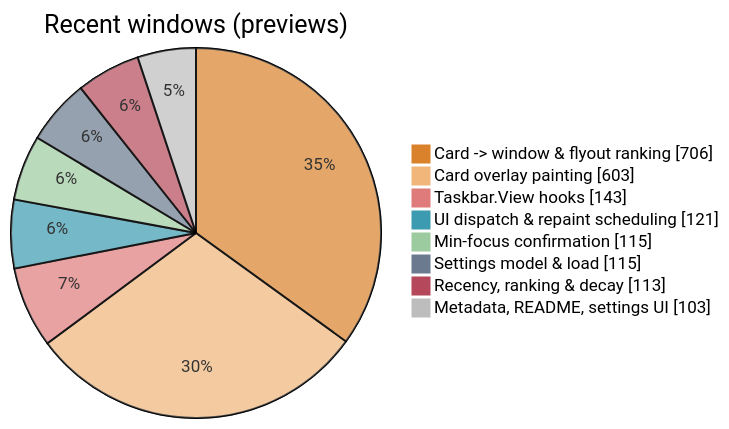
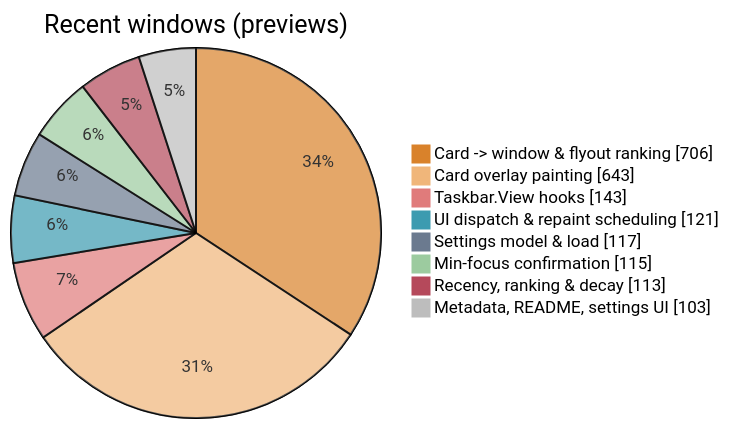
Before and after one commit to jvlasek/taskbar-recent-focus-highlight: the fifth of 5 diagrams in doc/code/code-breakdown.md, drawn with Mermaid. The commit also changed other lines of this file and 8 other files, not shown here.

````diff
--- a/doc/code/code-breakdown.md
+++ b/doc/code/code-breakdown.md
@@ -153,12 +153,12 @@
 ```mermaid
-%%{init: {"themeVariables": {"pie1": "#D9822B", "pie2": "#F0B67A", "pie3": "#E07B7B", "pie4": "#3C9BB0", "pie5": "#9CCB9F", "pie6": "#6B7A8F", "pie7": "#B5495B", "pie8": "#BDBDBD", "pieOuterStrokeWidth": "1px"}}}%%
+%%{init: {"themeVariables": {"pie1": "#D9822B", "pie2": "#F0B67A", "pie3": "#E07B7B", "pie4": "#3C9BB0", "pie5": "#6B7A8F", "pie6": "#9CCB9F", "pie7": "#B5495B", "pie8": "#BDBDBD", "pieOuterStrokeWidth": "1px"}}}%%
 pie showData title Recent windows (previews)
     "Card -> window & flyout ranking" : 706
-    "Card overlay painting" : 603
+    "Card overlay painting" : 643
     "Taskbar.View hooks" : 143
     "UI dispatch & repaint scheduling" : 121
+    "Settings model & load" : 117
     "Min-focus confirmation" : 115
-    "Settings model & load" : 115
     "Recency, ranking & decay" : 113
     "Metadata, README, settings UI" : 103
 ```
````
